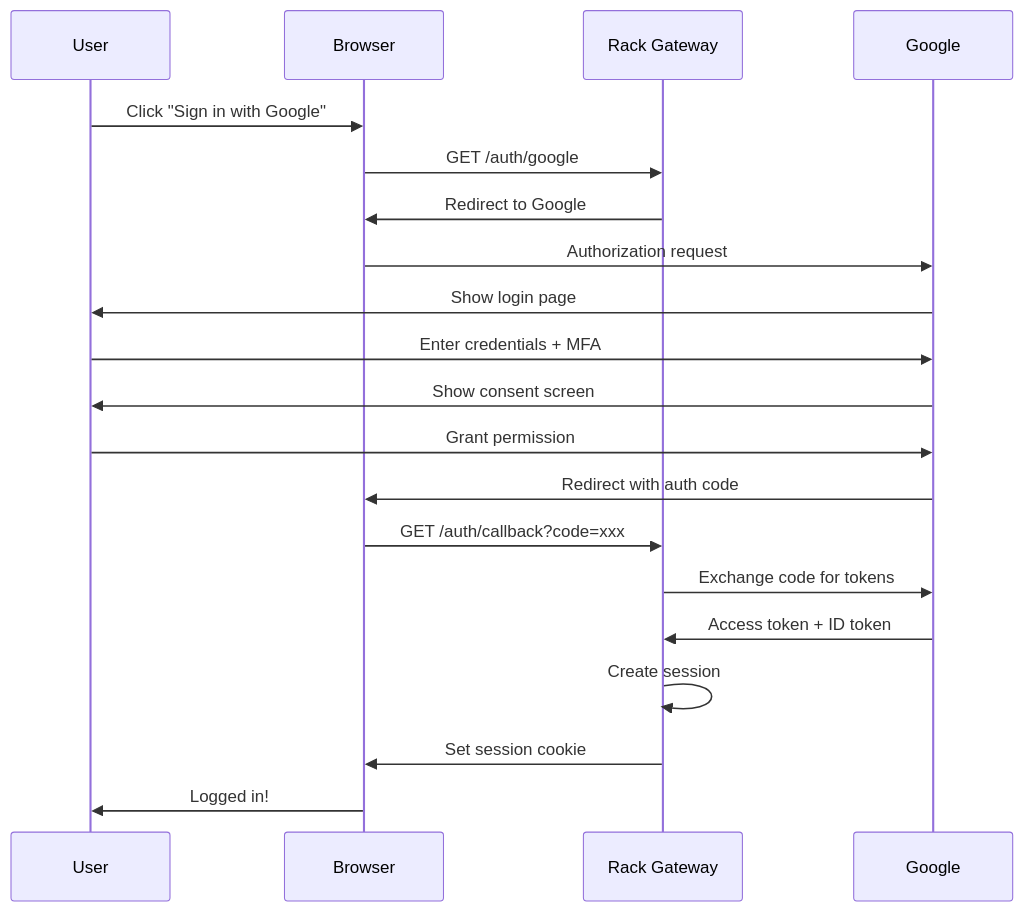
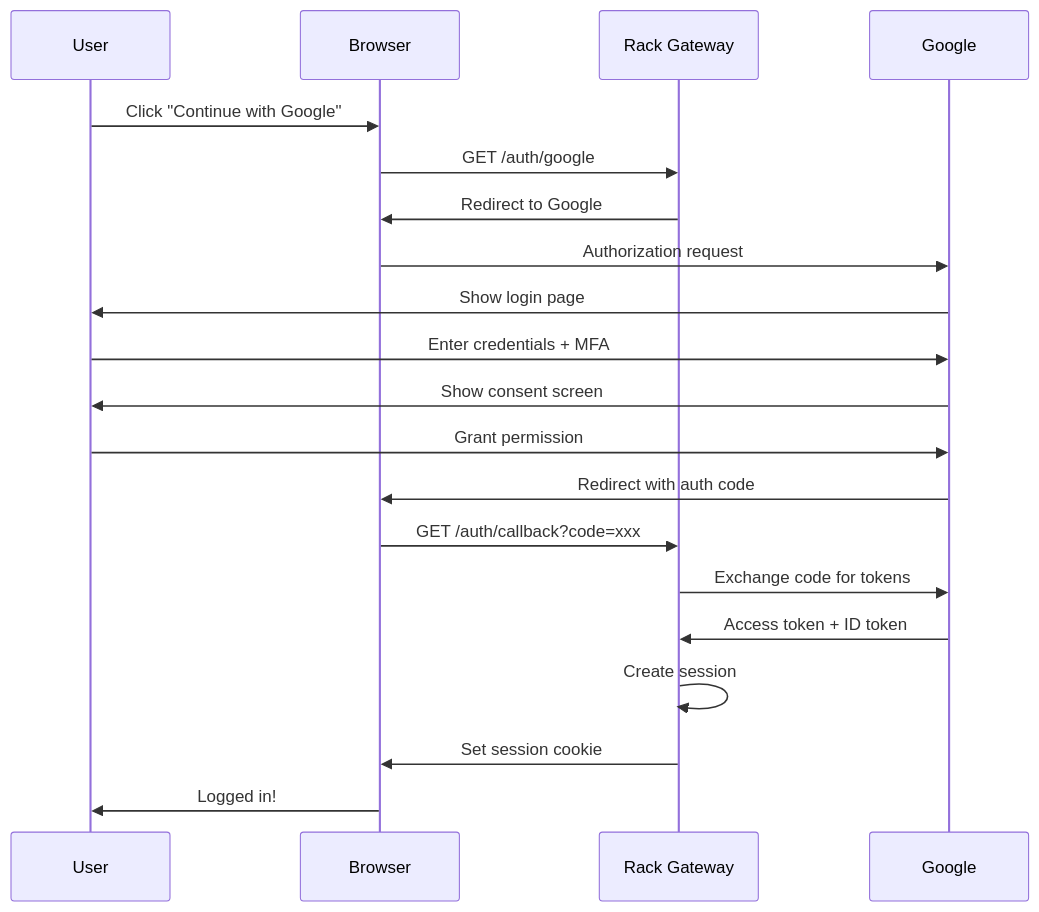
The first of 2 diagrams in docs/src/content/docs/concepts/oauth-explained.mdx (DocSpring/rack-gateway), drawn with Mermaid before and after one commit. The commit also changed other lines of this file and 108 other files, not shown here.

````diff
--- a/docs/src/content/docs/concepts/oauth-explained.mdx
+++ b/docs/src/content/docs/concepts/oauth-explained.mdx
@@ -78,23 +78,23 @@
 ```mermaid
 sequenceDiagram
     participant User
     participant Browser
     participant Gateway as Rack Gateway
     participant Google
 
-    User->>Browser: Click "Sign in with Google"
+    User->>Browser: Click "Continue with Google"
     Browser->>Gateway: GET /auth/google
     Gateway->>Browser: Redirect to Google
     Browser->>Google: Authorization request
     Google->>User: Show login page
     User->>Google: Enter credentials + MFA
     Google->>User: Show consent screen
     User->>Google: Grant permission
     Google->>Browser: Redirect with auth code
     Browser->>Gateway: GET /auth/callback?code=xxx
     Gateway->>Google: Exchange code for tokens
     Google->>Gateway: Access token + ID token
     Gateway->>Gateway: Create session
     Gateway->>Browser: Set session cookie
     Browser->>User: Logged in!
 ```
````
